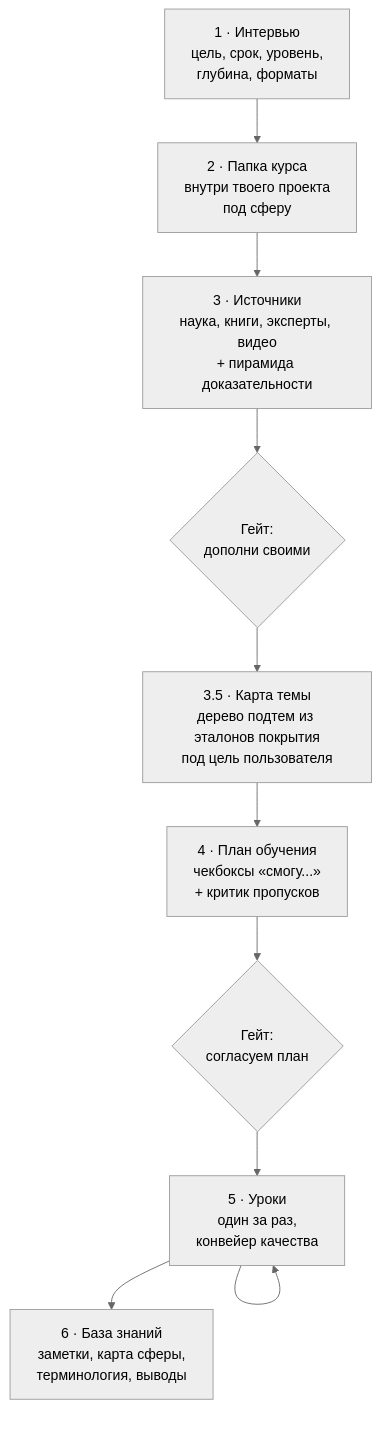
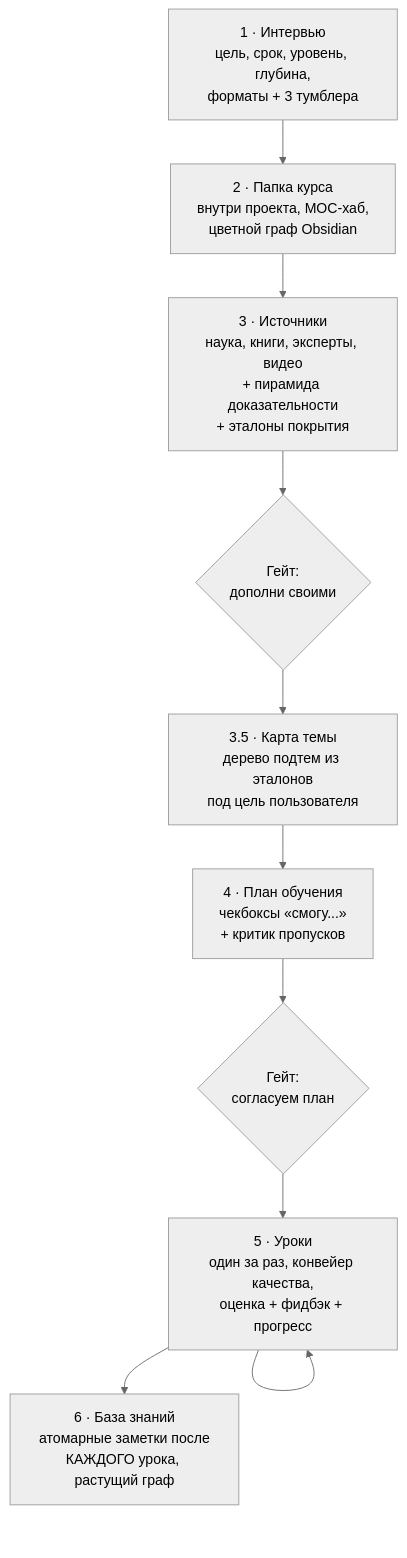
The first of 5 diagrams in README.md (cryptoyoginya/learneverything), drawn with Mermaid before and after one commit. The commit also changed other lines of this file and 11 other files, not shown here.

First line of the commit message:
Раскрыть глубину продукта: тумблеры, граф знаний, фидбэк, визуал

````diff
--- a/README.md
+++ b/README.md
@@ -23,13 +34,13 @@
 ```mermaid
 %%{init: {'theme':'neutral'}}%%
 graph TD
-    A["1 · Интервью<br/>цель, срок, уровень,<br/>глубина, форматы"] --> B["2 · Папка курса<br/>внутри твоего проекта<br/>под сферу"]
-    B --> C["3 · Источники<br/>наука, книги, эксперты, видео<br/>+ пирамида доказательности"]
+    A["1 · Интервью<br/>цель, срок, уровень, глубина,<br/>форматы + 3 тумблера"] --> B["2 · Папка курса<br/>внутри проекта, MOC-хаб,<br/>цветной граф Obsidian"]
+    B --> C["3 · Источники<br/>наука, книги, эксперты, видео<br/>+ пирамида доказательности<br/>+ эталоны покрытия"]
     C --> G1{"Гейт:<br/>дополни своими"}
-    G1 --> D["3.5 · Карта темы<br/>дерево подтем из эталонов покрытия<br/>под цель пользователя"]
+    G1 --> D["3.5 · Карта темы<br/>дерево подтем из эталонов<br/>под цель пользователя"]
     D --> E["4 · План обучения<br/>чекбоксы «смогу...»<br/>+ критик пропусков"]
     E --> G2{"Гейт:<br/>согласуем план"}
-    G2 --> F["5 · Уроки<br/>один за раз,<br/>конвейер качества"]
+    G2 --> F["5 · Уроки<br/>один за раз, конвейер качества,<br/>оценка + фидбэк + прогресс"]
     F --> F
-    F --> H["6 · База знаний<br/>заметки, карта сферы,<br/>терминология, выводы"]
+    F --> H["6 · База знаний<br/>атомарные заметки после<br/>КАЖДОГО урока, растущий граф"]
 ```
````
